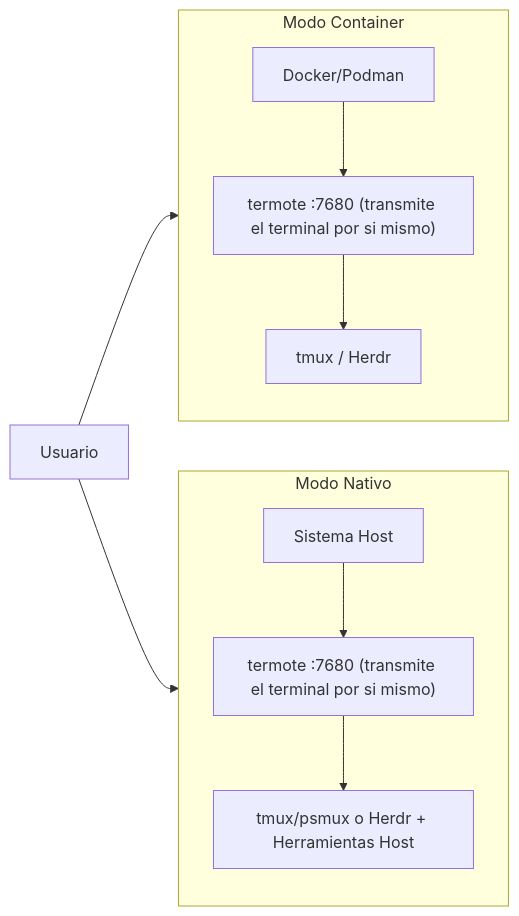
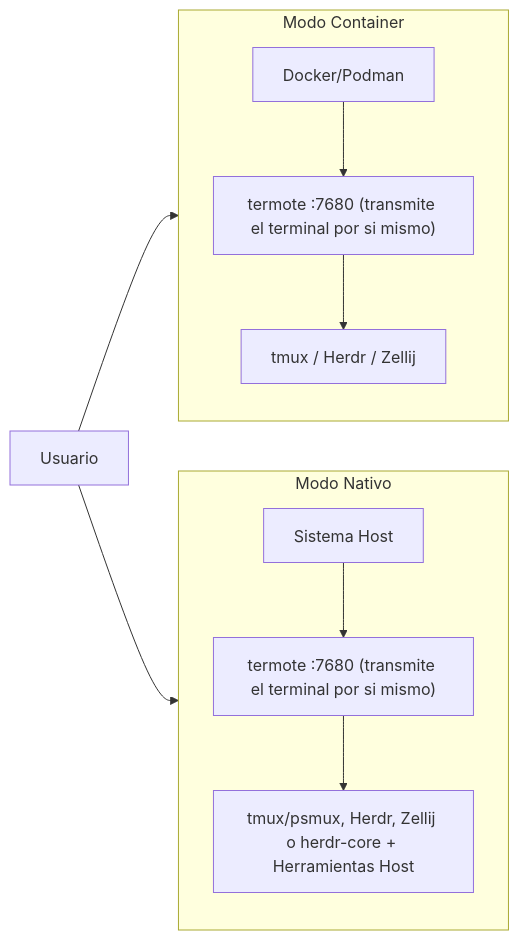
One commit to lamngockhuong/termote changed the second of 2 diagrams in README.es.md. Above: the diagram before and after it, drawn with Mermaid. The commit also changed other lines of this file and 14 other files, not shown here.

````diff
--- a/README.es.md
+++ b/README.es.md
@@ -252,14 +258,14 @@
 ```mermaid
 flowchart LR
     subgraph Container["Modo Container"]
         direction TB
-        C1["Docker/Podman"] --> C2["termote :7680 (transmite el terminal por si mismo)"] --> C3["tmux / Herdr"]
+        C1["Docker/Podman"] --> C2["termote :7680 (transmite el terminal por si mismo)"] --> C3["tmux / Herdr / Zellij"]
     end
 
     subgraph Native["Modo Nativo"]
         direction TB
-        N1["Sistema Host"] --> N2["termote :7680 (transmite el terminal por si mismo)"] --> N3["tmux/psmux o Herdr + Herramientas Host"]
+        N1["Sistema Host"] --> N2["termote :7680 (transmite el terminal por si mismo)"] --> N3["tmux/psmux, Herdr, Zellij o herdr-core + Herramientas Host"]
     end
 
     User["Usuario"] --> Container & Native
 ```
````
